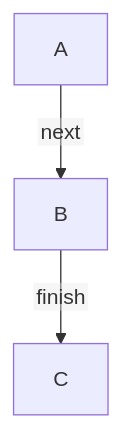
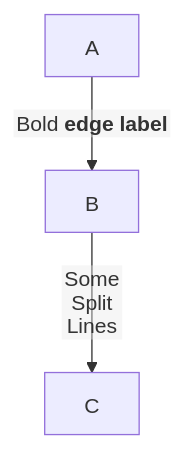
One commit to mermaid-js/mermaid changed the diagram in e2e/diagrams/grid/08-flowchart-svg-labels.mmd. Above: the diagram before and after it, drawn with Mermaid. The commit also changed 12 other files, not shown here.

```diff
--- a/e2e/diagrams/grid/08-flowchart-svg-labels.mmd
+++ b/e2e/diagrams/grid/08-flowchart-svg-labels.mmd
@@ -1,11 +1,12 @@
 ---
 config:
   layout: grid
-  flowchart:
-    htmlLabels: false
+  htmlLabels: false
   grid:
     columns: 1
 ---
 flowchart TB
-  A -->|next| B
-  B -->|finish| C
+  A -- "`Bold **edge label**`" --> B
+  B -->|Some
+  Split
+  Lines| C
```
